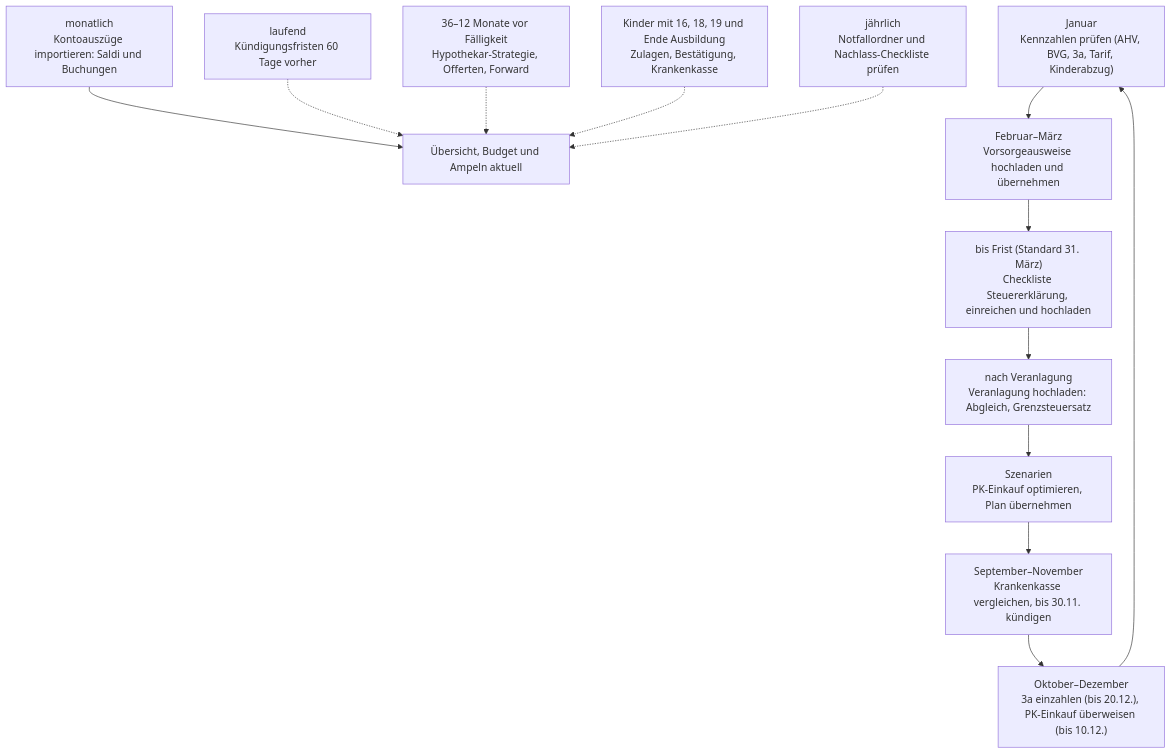
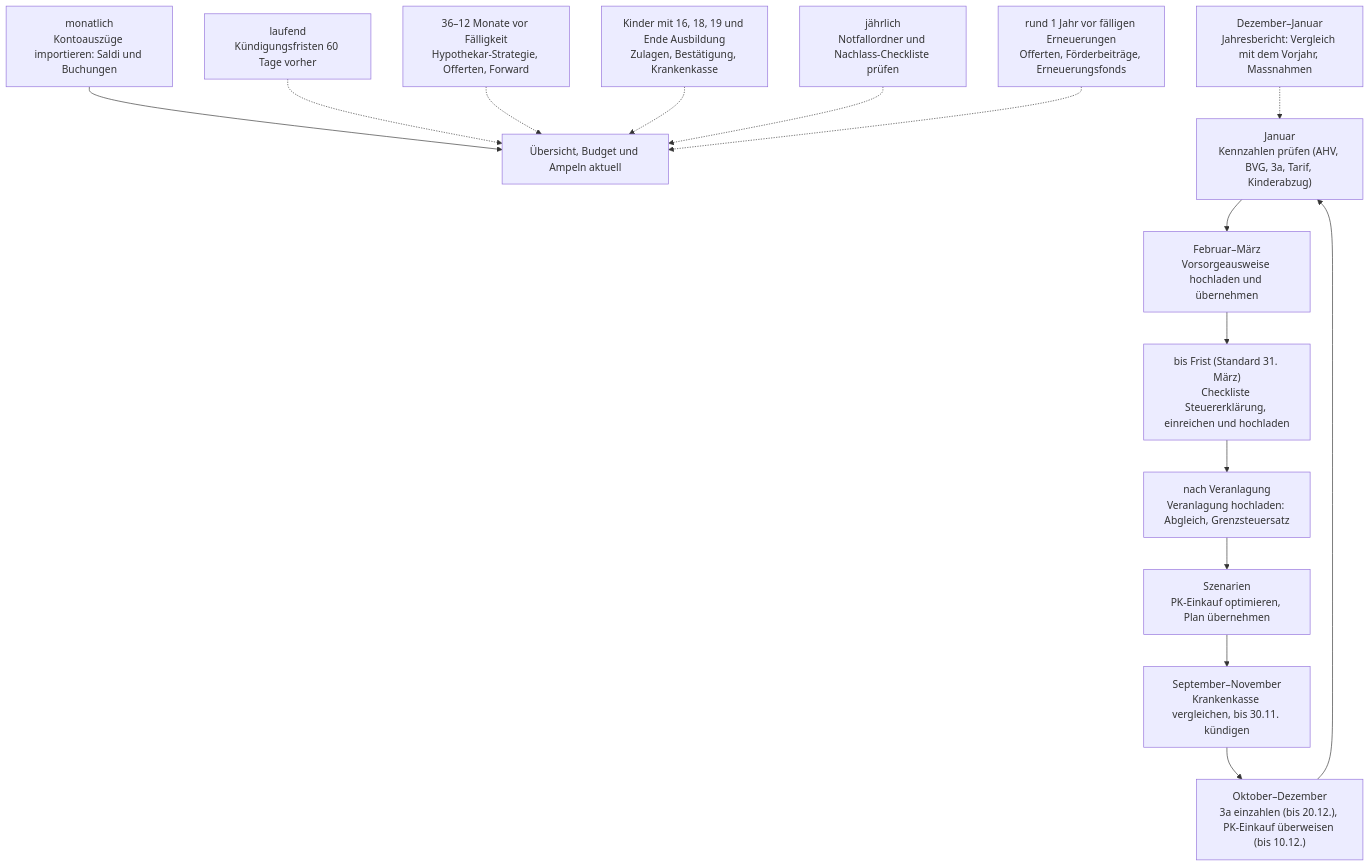
The diagram in docs/prozess-jahr.mmd (khu1985/finanz-ha), drawn with Mermaid before and after one commit. The commit also changed 28 other files, not shown here.

```diff
--- a/docs/prozess-jahr.mmd
+++ b/docs/prozess-jahr.mmd
@@ -1,13 +1,15 @@
 flowchart TD
     M["monatlich<br/>Kontoauszüge importieren: Saldi und Buchungen"] --> UE["Übersicht, Budget und Ampeln aktuell"]
     J["Januar<br/>Kennzahlen prüfen (AHV, BVG, 3a, Tarif, Kinderabzug)"] --> F
     F["Februar–März<br/>Vorsorgeausweise hochladen und übernehmen"] --> SE
     SE["bis Frist (Standard 31. März)<br/>Checkliste Steuererklärung, einreichen und hochladen"] --> VE
     VE["nach Veranlagung<br/>Veranlagung hochladen: Abgleich, Grenzsteuersatz"] --> SZ
     SZ["Szenarien<br/>PK-Einkauf optimieren, Plan übernehmen"] --> KV
     KV["September–November<br/>Krankenkasse vergleichen, bis 30.11. kündigen"] --> DZ
     DZ["Oktober–Dezember<br/>3a einzahlen (bis 20.12.), PK-Einkauf überweisen (bis 10.12.)"] --> J
     VT["laufend<br/>Kündigungsfristen 60 Tage vorher"] -.-> UE
     HY["36–12 Monate vor Fälligkeit<br/>Hypothekar-Strategie, Offerten, Forward"] -.-> UE
     KD["Kinder mit 16, 18, 19 und Ende Ausbildung<br/>Zulagen, Bestätigung, Krankenkasse"] -.-> UE
     NO["jährlich<br/>Notfallordner und Nachlass-Checkliste prüfen"] -.-> UE
+    JB["Dezember–Januar<br/>Jahresbericht: Vergleich mit dem Vorjahr, Massnahmen"] -.-> J
+    LG["rund 1 Jahr vor fälligen Erneuerungen<br/>Offerten, Förderbeiträge, Erneuerungsfonds"] -.-> UE
```
